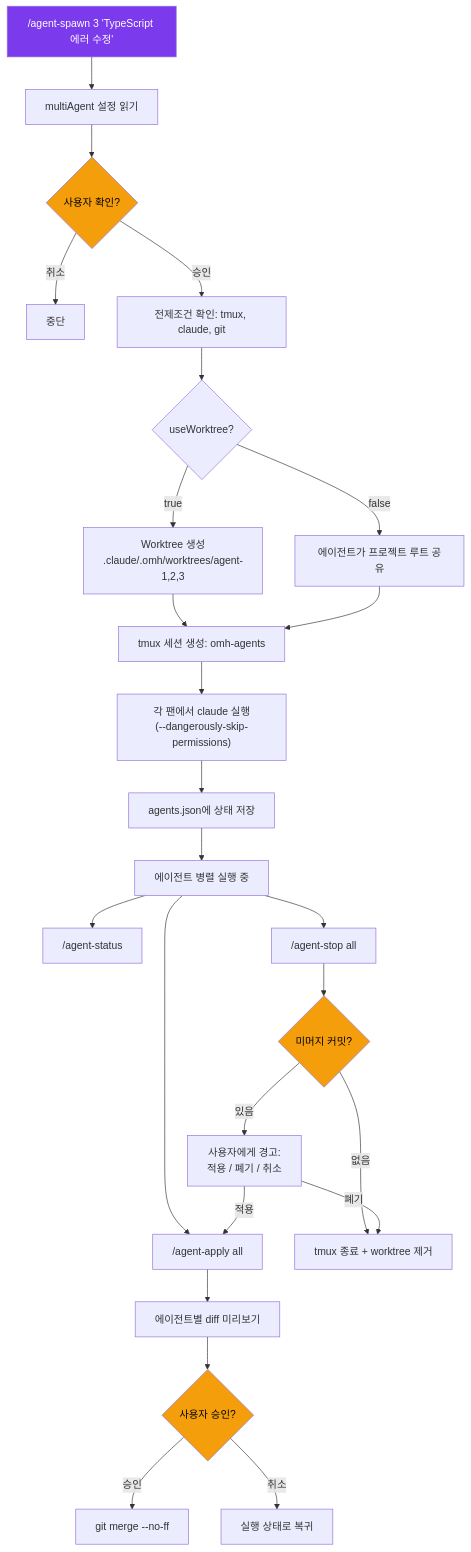
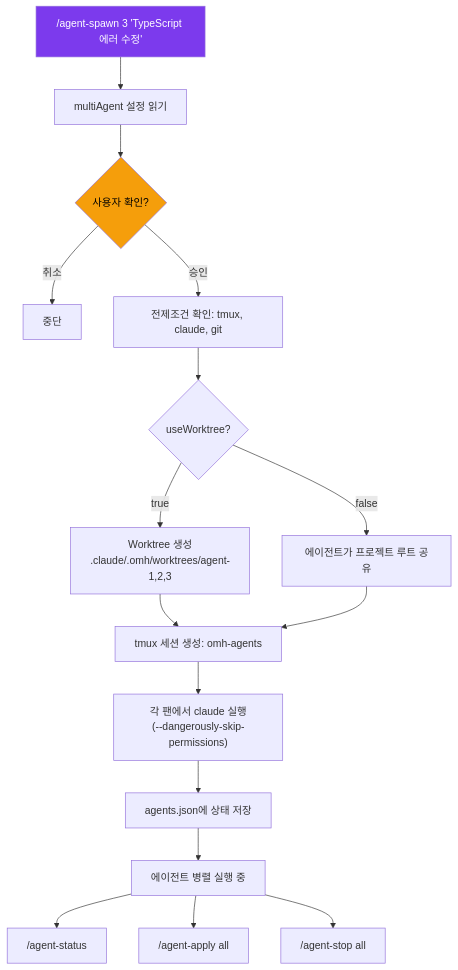
One commit to Hoya324/oh-my-harness changed the fourth of 5 diagrams in README.ko.md. Above: the diagram before and after it, drawn with Mermaid. The commit also changed other lines of this file and 11 other files, not shown here.

````diff
--- a/README.ko.md
+++ b/README.ko.md
@@ -604,38 +180,25 @@
 ```mermaid
 graph TD
     START["/agent-spawn 3 'TypeScript 에러 수정'"] --> CONFIG[multiAgent 설정 읽기]
     CONFIG --> CONFIRM{"사용자 확인?"}
     CONFIRM -->|취소| ABORT[중단]
     CONFIRM -->|승인| CHECK["전제조건 확인: tmux, claude, git"]
     CHECK --> WT{"useWorktree?"}
 
     WT -->|true| CREATE_WT["Worktree 생성<br/>.claude/.omh/worktrees/agent-1,2,3"]
     WT -->|false| SHARED[에이전트가 프로젝트 루트 공유]
 
     CREATE_WT --> TMUX["tmux 세션 생성: omh-agents"]
     SHARED --> TMUX
 
     TMUX --> LAUNCH["각 팬에서 claude 실행<br/>(--dangerously-skip-permissions)"]
     LAUNCH --> STATE[agents.json에 상태 저장]
     STATE --> DONE[에이전트 병렬 실행 중]
 
     DONE --> STATUS["/agent-status"]
     DONE --> APPLY["/agent-apply all"]
     DONE --> STOP["/agent-stop all"]
 
-    APPLY --> DIFF[에이전트별 diff 미리보기]
-    DIFF --> MERGE{"사용자 승인?"}
-    MERGE -->|승인| GIT_MERGE["git merge --no-ff"]
-    MERGE -->|취소| BACK[실행 상태로 복귀]
-
-    STOP --> UNMERGED{"미머지 커밋?"}
-    UNMERGED -->|있음| WARN["사용자에게 경고:<br/>적용 / 폐기 / 취소"]
-    UNMERGED -->|없음| CLEANUP["tmux 종료 + worktree 제거"]
-    WARN -->|폐기| CLEANUP
-    WARN -->|적용| APPLY
-
     style START fill:#7C3AED,color:#fff
     style CONFIRM fill:#f59e0b,color:#000
-    style MERGE fill:#f59e0b,color:#000
-    style UNMERGED fill:#f59e0b,color:#000
 ```
````
